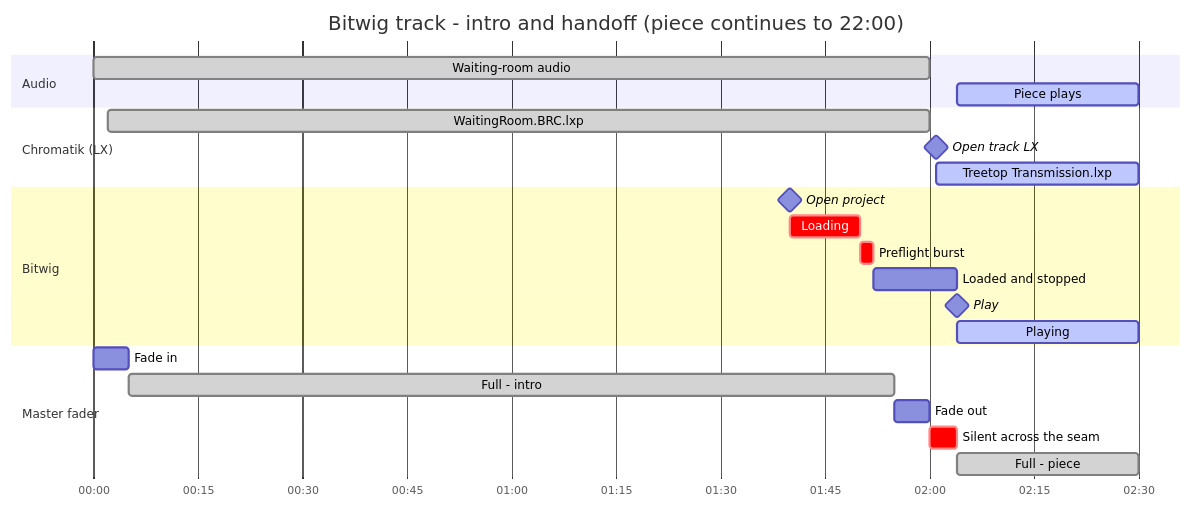
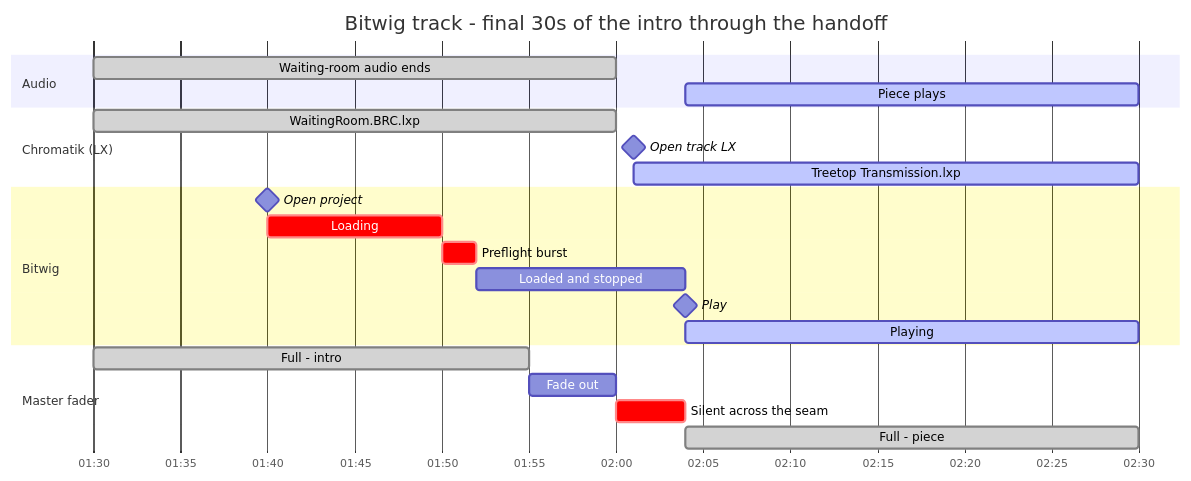
One commit to Apotheneum/VezerGenerator changed the second of 3 diagrams in README.md. Above: the diagram before and after it, drawn with Mermaid. The commit also changed other lines of this file, not shown here.

First line of the commit message:
Use the pnpm scripts in docs; compress the timeline diagrams

````diff
--- a/README.md
+++ b/README.md
@@ -167,26 +168,25 @@
 ```mermaid
 gantt
-    title Bitwig track - intro and handoff (piece continues to 22:00)
+    title Bitwig track - final 30s of the intro through the handoff
     dateFormat HH:mm:ss
     axisFormat %M:%S
     section Audio
-    Waiting-room audio       :done, a1, 00:00:00, 00:02:00
+    Waiting-room audio ends  :done, a1, 00:01:30, 00:02:00
     Piece plays              :active, a2, 00:02:04, 00:02:30
     section Chromatik (LX)
-    WaitingRoom.BRC.lxp      :done, c1, 00:00:02, 00:02:00
+    WaitingRoom.BRC.lxp      :done, c1, 00:01:30, 00:02:00
     Open track LX            :milestone, c2, 00:02:01, 0s
     Treetop Transmission.lxp :active, c3, 00:02:01, 00:02:30
     section Bitwig
     Open project             :milestone, b1, 00:01:40, 0s
     Loading                  :crit, b2, 00:01:40, 00:01:50
     Preflight burst          :crit, b3, 00:01:50, 00:01:52
     Loaded and stopped       :b4, 00:01:52, 00:02:04
     Play                     :milestone, b5, 00:02:04, 0s
     Playing                  :active, b6, 00:02:04, 00:02:30
     section Master fader
-    Fade in                  :m1, 00:00:00, 00:00:05
-    Full - intro             :done, m2, 00:00:05, 00:01:55
+    Full - intro             :done, m2, 00:01:30, 00:01:55
     Fade out                 :m3, 00:01:55, 00:02:00
     Silent across the seam   :crit, m4, 00:02:00, 00:02:04
     Full - piece             :done, m5, 00:02:04, 00:02:30
 ```
````
